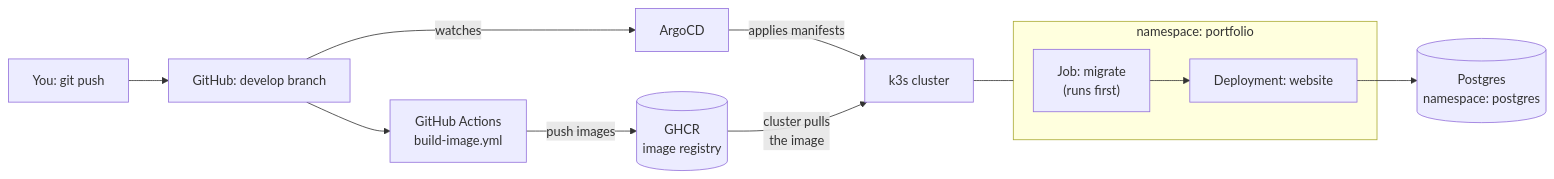
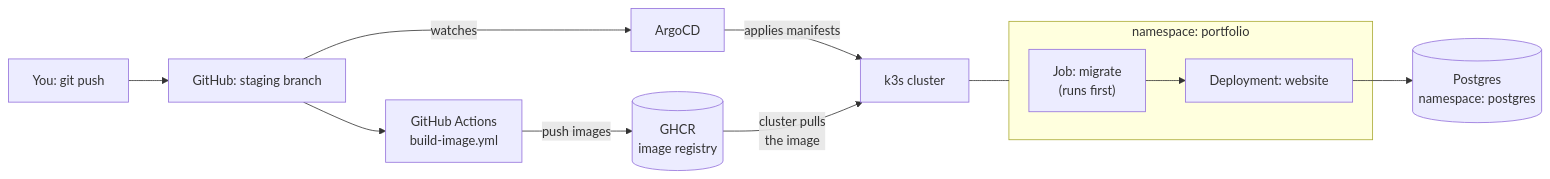
Before and after one commit to BamiseOmolaso/cloudportfoliowebsite: the first of 4 diagrams in docs/infra/07-the-application.md, drawn with Mermaid. The commit also changed other lines of this file and 8 other files, not shown here.

Commit message:
ci,docs: develop is now staging

````diff
--- a/docs/infra/07-the-application.md
+++ b/docs/infra/07-the-application.md
@@ -17,14 +17,14 @@
 ```mermaid
 flowchart LR
-  DEV["You: git push"] --> GH["GitHub: develop branch"]
+  DEV["You: git push"] --> GH["GitHub: staging branch"]
   GH --> CI["GitHub Actions<br/>build-image.yml"]
   CI -->|"push images"| GHCR[("GHCR<br/>image registry")]
   GH -->|"watches"| ARGO["ArgoCD"]
   ARGO -->|"applies manifests"| K8S["k3s cluster"]
   GHCR -->|"cluster pulls<br/>the image"| K8S
   subgraph K8S2["namespace: portfolio"]
     MIG["Job: migrate<br/>(runs first)"] --> WEB["Deployment: website"]
   end
   K8S --- K8S2
   WEB --> PG[("Postgres<br/>namespace: postgres")]
 ```
````
